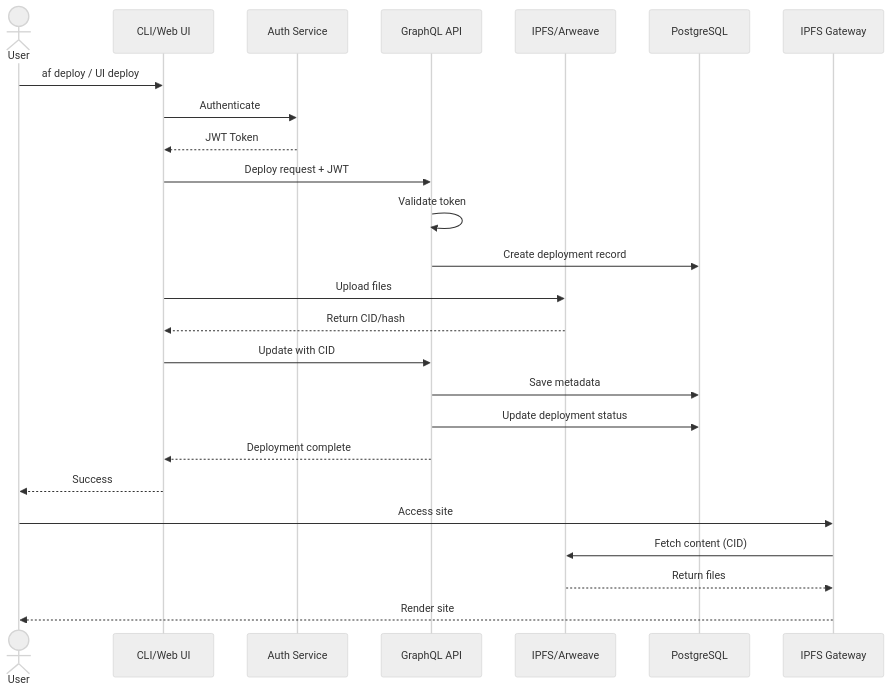
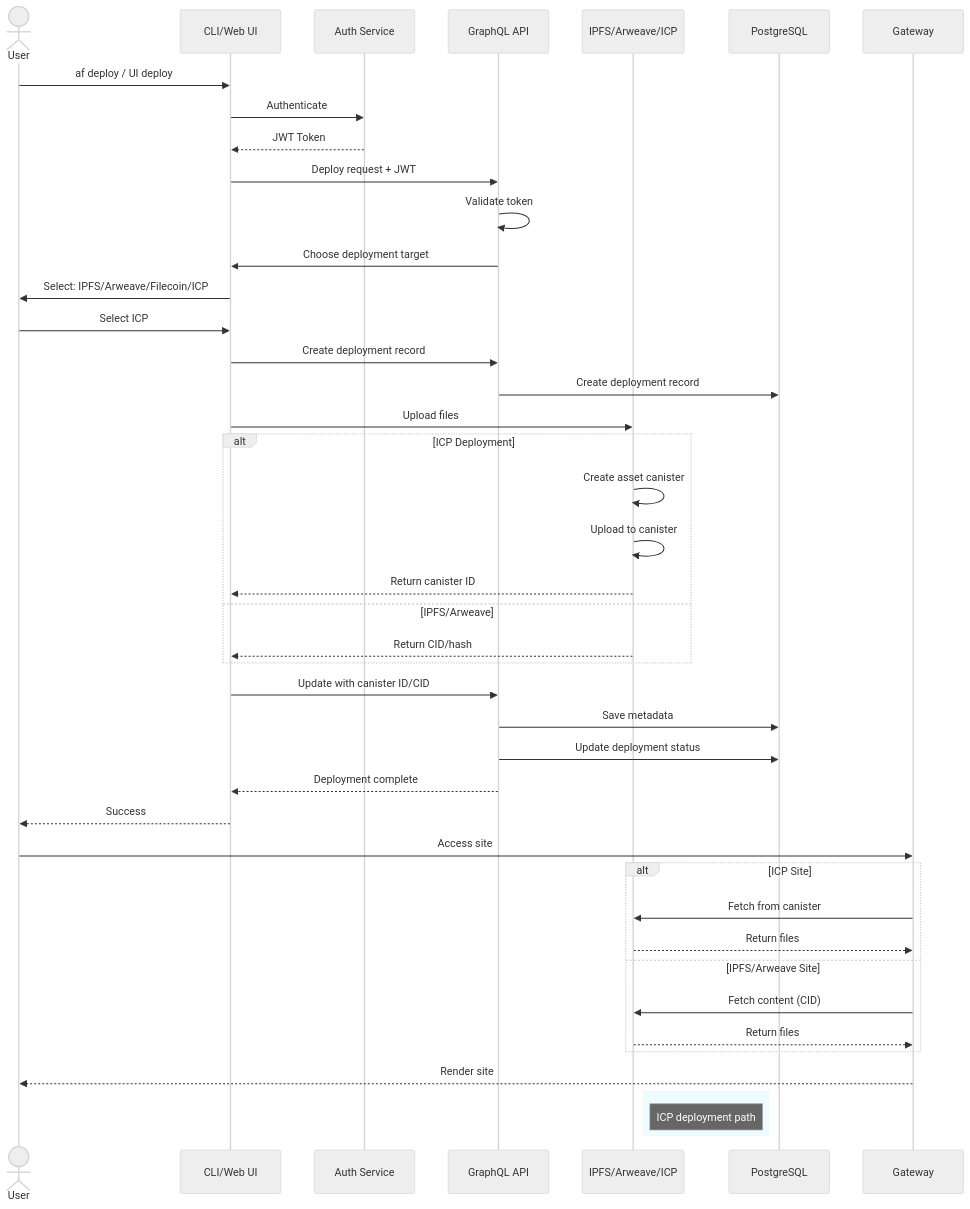
One commit to alternatefutures/.github changed the seventh of 18 diagrams in TECHNICAL_ARCHITECTURE.md. Above: the diagram before and after it, drawn with Mermaid (neutral theme). The commit also changed other lines of this file, not shown here.

First line of the commit message:
feat: integrate Internet Computer (ICP) into architecture

````diff
--- a/TECHNICAL_ARCHITECTURE.md
+++ b/TECHNICAL_ARCHITECTURE.md
@@ -553,33 +654,56 @@
 ```mermaid
 sequenceDiagram
     actor User
     participant CLI as CLI/Web UI
     participant Auth as Auth Service
     participant API as GraphQL API
-    participant Storage as IPFS/Arweave
+    participant Storage as IPFS/Arweave/ICP
     participant DB as PostgreSQL
-    participant Gateway as IPFS Gateway
+    participant Gateway as Gateway
     
     User->>CLI: af deploy / UI deploy
     CLI->>Auth: Authenticate
     Auth-->>CLI: JWT Token
     
     CLI->>API: Deploy request + JWT
     API->>API: Validate token
+    API->>CLI: Choose deployment target
+    CLI->>User: Select: IPFS/Arweave/Filecoin/ICP
+    User->>CLI: Select ICP
+    
+    CLI->>API: Create deployment record
     API->>DB: Create deployment record
     
     CLI->>Storage: Upload files
-    Storage-->>CLI: Return CID/hash
     
-    CLI->>API: Update with CID
+    alt ICP Deployment
+        Storage->>Storage: Create asset canister
+        Storage->>Storage: Upload to canister
+        Storage-->>CLI: Return canister ID
+    else IPFS/Arweave
+        Storage-->>CLI: Return CID/hash
+    end
+    
+    CLI->>API: Update with canister ID/CID
     API->>DB: Save metadata
     API->>DB: Update deployment status
     
     API-->>CLI: Deployment complete
     CLI-->>User: Success
     
     User->>Gateway: Access site
-    Gateway->>Storage: Fetch content (CID)
-    Storage-->>Gateway: Return files
+    
+    alt ICP Site
+        Gateway->>Storage: Fetch from canister
+        Storage-->>Gateway: Return files
+    else IPFS/Arweave Site
+        Gateway->>Storage: Fetch content (CID)
+        Storage-->>Gateway: Return files
+    end
+    
     Gateway-->>User: Render site
+    
+    rect rgba(197, 240, 255, 0.3)
+        note right of Storage: ICP deployment path
+    end
 ```
````
